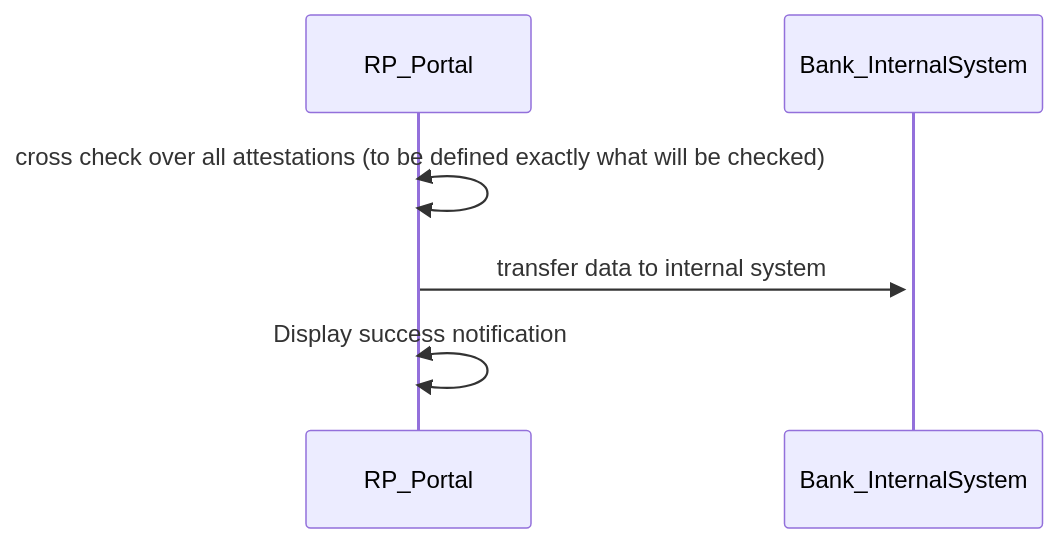
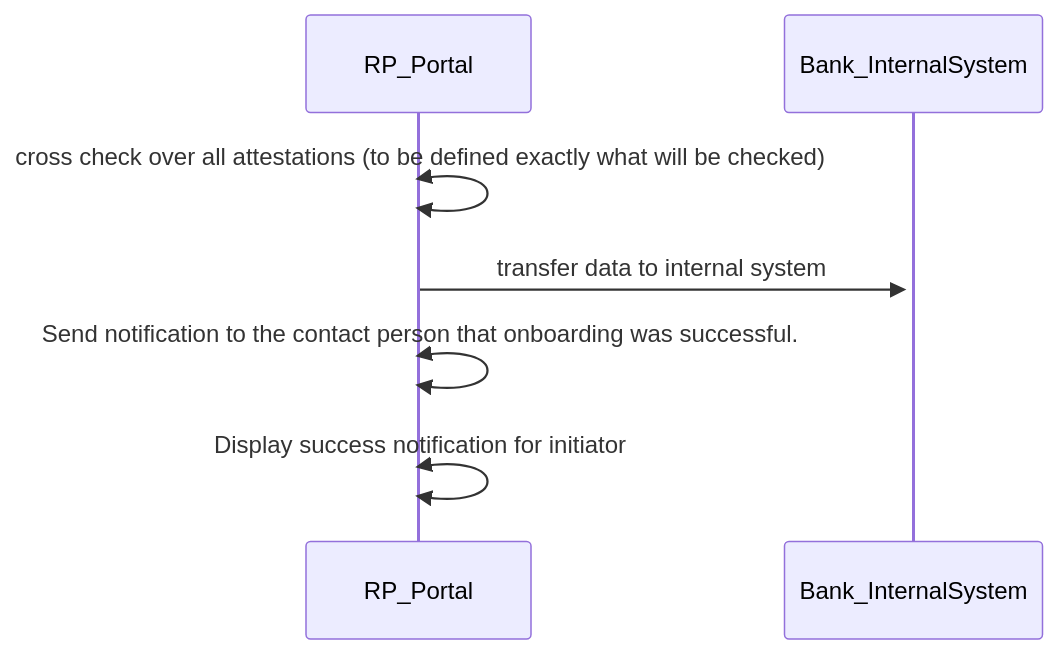
Before and after one commit to DominicHurni/wp3-technology-standards: the ninth of 9 diagrams in BU1/BU1_KYS.md, drawn with Mermaid. The commit also changed other lines of this file and 3 other files, not shown here.

````diff
--- a/BU1/BU1_KYS.md
+++ b/BU1/BU1_KYS.md
@@ -195,7 +196,8 @@
 ```mermaid
 sequenceDiagram
     RP_Portal<<->>RP_Portal: cross check over all attestations (to be defined exactly what will be checked)
     RP_Portal->>+Bank_InternalSystem: transfer data to internal system
 
-    RP_Portal<<->>RP_Portal: Display success notification 
+    RP_Portal<<->>RP_Portal: Send notification to the contact person that onboarding was successful.
+    RP_Portal<<->>RP_Portal: Display success notification for initiator
 ```
````
